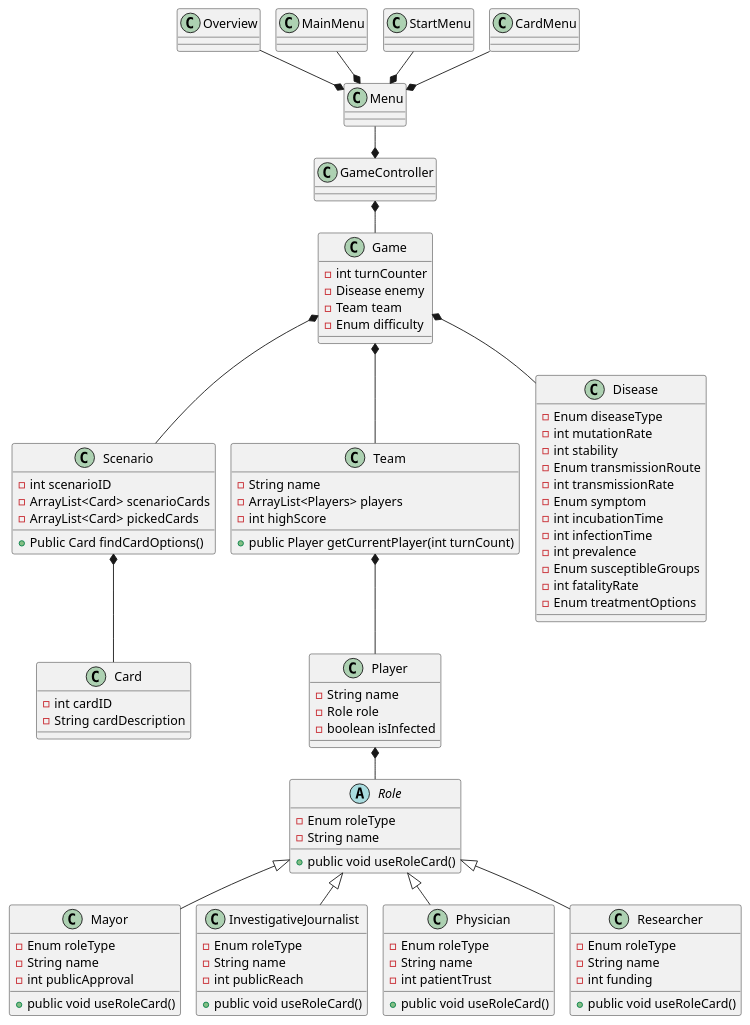
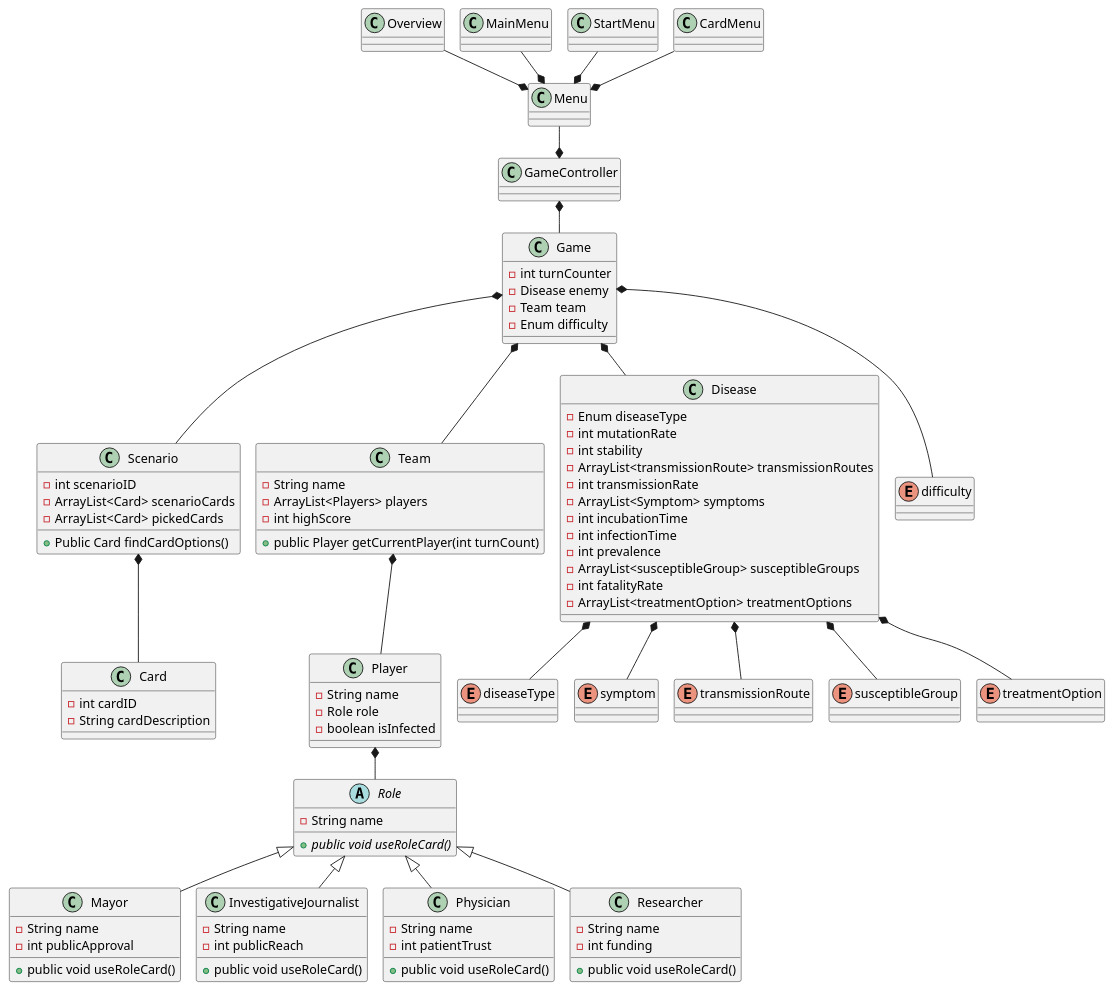
The diagram in doc/static/classdiagram.puml (Ledut-dev/SP4), drawn with PlantUML before and after one commit.

Commit message:
Classdiagram updates

```diff
--- a/doc/static/classdiagram.puml
+++ b/doc/static/classdiagram.puml
@@ -1,119 +1,126 @@
 @startuml
 
 !pragma layout smetana
 
 class Overview{}
 
 class MainMenu{}
 
 class StartMenu{}
 
 class CardMenu{}
 
 class Menu{}
 
 class Scenario{
 - int scenarioID
 - ArrayList<Card> scenarioCards
 - ArrayList<Card> pickedCards
 
 + Public Card findCardOptions()
 
 }
 
 class Card{
 - int cardID
 - String cardDescription
 }
 
 class Game{
 - int turnCounter
 - Disease enemy
 - Team team
 - Enum difficulty
 }
 
 class GameController{}
 
 class Player{
 - String name
 - Role role
 - boolean isInfected
 }
 
 class Team{
 - String name
 - ArrayList<Players> players
 - int highScore
 
 + public Player getCurrentPlayer(int turnCount)
 }
 
 abstract class Role{
-- Enum roleType
 - String name
-+ public void useRoleCard()
++ public {abstract} void useRoleCard()
 }
 
 class Mayor extends Role{
-- Enum roleType
 - String name
 - int publicApproval
 + public void useRoleCard()
 }
 
 class InvestigativeJournalist extends Role{
-- Enum roleType
 - String name
 - int publicReach
 + public void useRoleCard()
 }
 
 class Physician extends Role{
-- Enum roleType
 - String name
 - int patientTrust
 + public void useRoleCard()
 }
 
 class Researcher extends Role{
-- Enum roleType
 - String name
 - int funding
 + public void useRoleCard()
 }
 
 class Disease{
 - Enum diseaseType
 - int mutationRate
 - int stability
-- Enum transmissionRoute
+- ArrayList<transmissionRoute> transmissionRoutes
 - int transmissionRate
-- Enum symptom
+- ArrayList<Symptom> symptoms
 - int incubationTime
 - int infectionTime
 - int prevalence
-- Enum susceptibleGroups
+- ArrayList<susceptibleGroup> susceptibleGroups
 - int fatalityRate
-- Enum treatmentOptions
+- ArrayList<treatmentOption> treatmentOptions
 }
 
+enum diseaseType
+enum symptom
+enum transmissionRoute
+enum susceptibleGroup
+enum treatmentOption
+enum difficulty
 
 Overview --* Menu
 MainMenu --* Menu
 StartMenu --* Menu
 CardMenu --* Menu
 
 Menu --* GameController
 
 GameController *-- Game
 Game *-- Disease
 Game *-- Scenario
 Game *-- Team
 Scenario *-- Card
 Team *-- Player
 Player *-- Role
 
+Game *-- difficulty
+Disease *-- diseaseType
+Disease *-- symptom
+Disease *-- transmissionRoute
+Disease *-- treatmentOption
+Disease *-- susceptibleGroup
 
 
 @enduml
```
